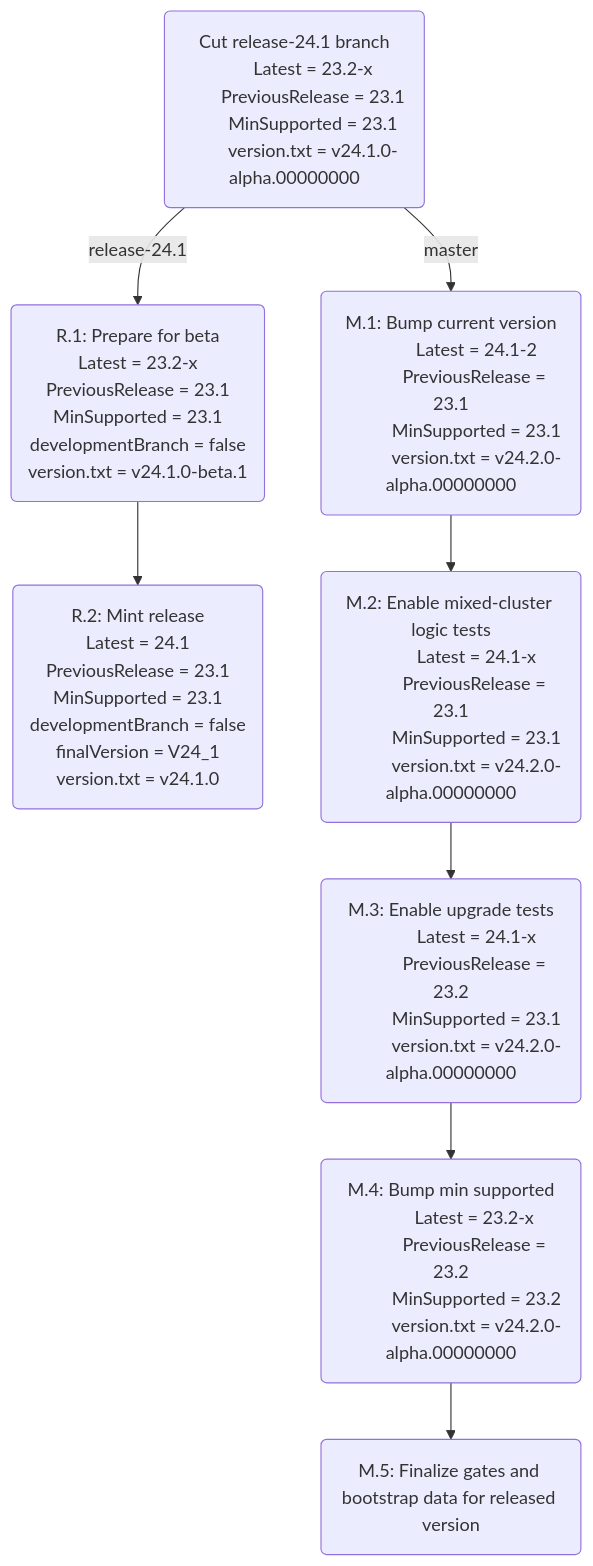
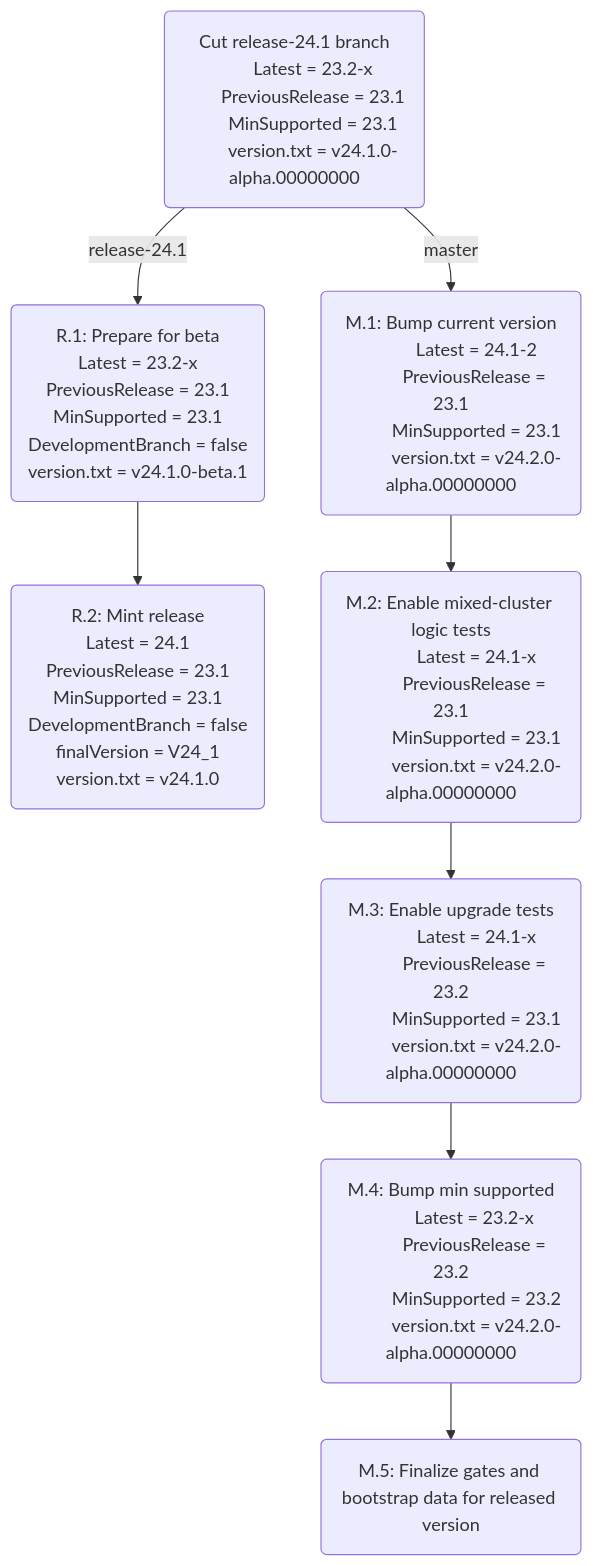
Before and after one commit to fqazi/cockroach: the diagram in pkg/clusterversion/README.md, drawn with Mermaid. The commit also changed other lines of this file and 2192 other files, not shown here.

````diff
--- a/pkg/clusterversion/README.md
+++ b/pkg/clusterversion/README.md
@@ -19,63 +19,63 @@
 ```mermaid
 graph TD;
   base("Cut release-24.1 branch
         Latest = 23.2-x
         PreviousRelease = 23.1
         MinSupported = 23.1
         version.txt = v24.1.0-alpha.00000000")
     
   base -- release-24.1 --> rel1
   
   rel1("R.1: Prepare for beta
         Latest = 23.2-x 
         PreviousRelease = 23.1
         MinSupported = 23.1
-        developmentBranch = false
+        DevelopmentBranch = false
         version.txt = v24.1.0-beta.1")
   
   rel1 --> rel2
   
   rel2("R.2: Mint release
         Latest = 24.1
         PreviousRelease = 23.1
         MinSupported = 23.1
-        developmentBranch = false
+        DevelopmentBranch = false
         finalVersion = V24_1
         version.txt = v24.1.0")
 
   base -- master --> master1
   
   master1("M.1: Bump current version
            Latest = 24.1-2
            PreviousRelease = 23.1
            MinSupported = 23.1
            version.txt = v24.2.0-alpha.00000000")
            
   master1 --> master2
   
   master2("M.2: Enable mixed-cluster logic tests
            Latest = 24.1-x
            PreviousRelease = 23.1
            MinSupported = 23.1
            version.txt = v24.2.0-alpha.00000000")
             
   master2 --> master3
   
   master3("M.3: Enable upgrade tests
            Latest = 24.1-x
            PreviousRelease = 23.2
            MinSupported = 23.1
            version.txt = v24.2.0-alpha.00000000")
            
   master3 --> master4
   
   master4("M.4: Bump min supported
            Latest = 23.2-x 
            PreviousRelease = 23.2
            MinSupported = 23.2
            version.txt = v24.2.0-alpha.00000000")
 
   master4 --> master5
 
   master5(M.5: Finalize gates and bootstrap data for released version)
 ```
````
